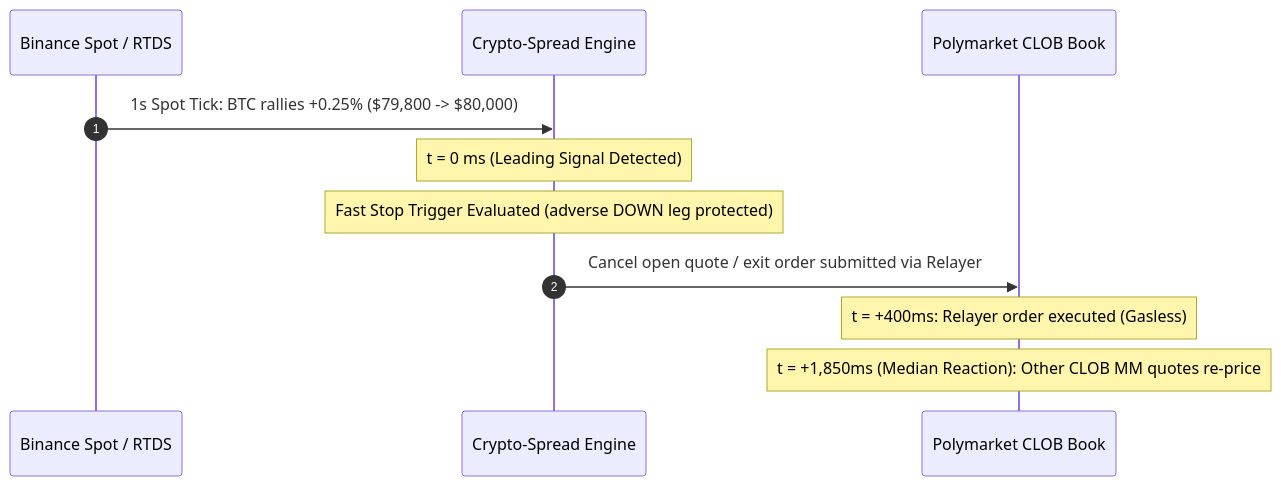
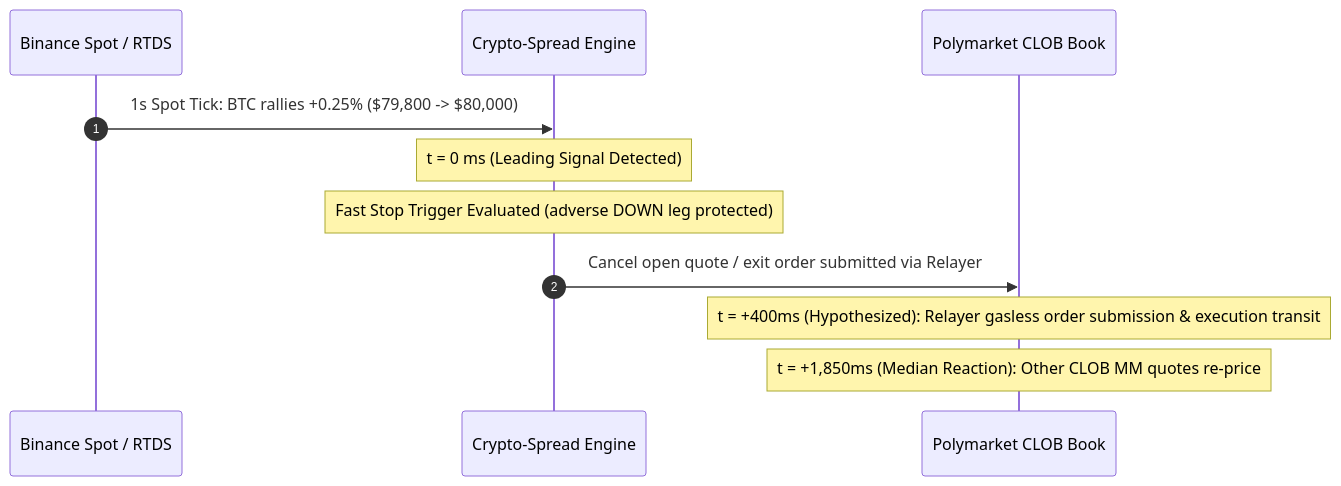
One commit to AI-Degen-69/crypto-spread changed the diagram in docs/rtds-clob-latency-audit.md. Above: the diagram before and after it, drawn with Mermaid. The commit also changed other lines of this file and 5 other files, not shown here.

````diff
--- a/docs/rtds-clob-latency-audit.md
+++ b/docs/rtds-clob-latency-audit.md
@@ -39,14 +39,14 @@
 ```mermaid
 sequenceDiagram
     autonumber
     participant Binance as Binance Spot / RTDS
     participant Bot as Crypto-Spread Engine
     participant CLOB as Polymarket CLOB Book
     
     Binance->>Bot: 1s Spot Tick: BTC rallies +0.25% ($79,800 -> $80,000)
     Note over Bot: t = 0 ms (Leading Signal Detected)
     Note over Bot: Fast Stop Trigger Evaluated (adverse DOWN leg protected)
     Bot->>CLOB: Cancel open quote / exit order submitted via Relayer
-    Note over CLOB: t = +400ms: Relayer order executed (Gasless)
+    Note over CLOB: t = +400ms (Hypothesized): Relayer gasless order submission & execution transit
     Note over CLOB: t = +1,850ms (Median Reaction): Other CLOB MM quotes re-price
 ```
````
